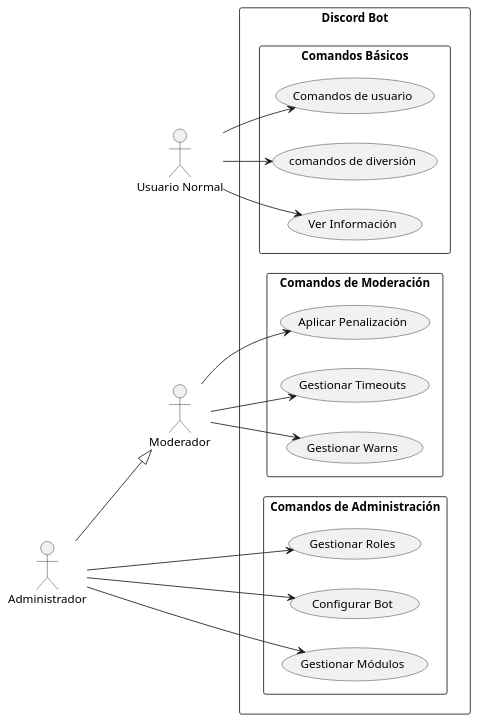
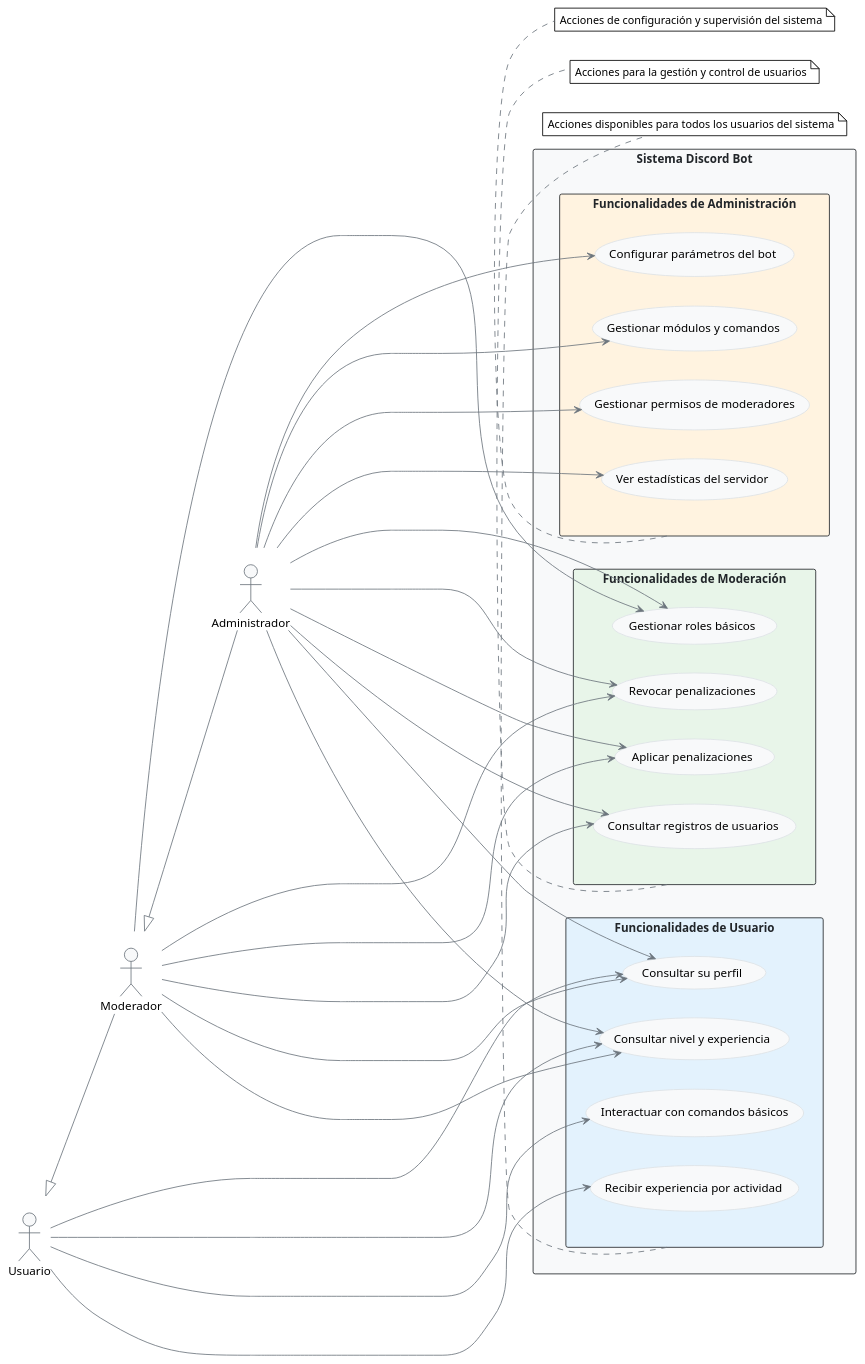
Before and after one commit to PelayoPS/DiscordBot_app: the diagram in uml_output/use_cases.puml, drawn with PlantUML. The commit also changed 11 other files, not shown here.

```diff
--- a/uml_output/use_cases.puml
+++ b/uml_output/use_cases.puml
@@ -1,47 +1,86 @@
-@startuml Uso
+@startuml "Discord Bot - Casos de Uso"
+!theme plain
+skinparam Linetype orthogonal
+skinparam packageStyle rectangle
+skinparam usecaseBackgroundColor #F8F9FA
+skinparam usecaseBorderColor #DEE2E6
+skinparam actorBackgroundColor #F8F9FA
+skinparam actorBorderColor #6C757D
+skinparam arrowColor #6C757D
+skinparam rectangleBorderColor #212529
+skinparam rectangleFontColor #212529
+skinparam rectangleBackgroundColor #F8F9FA
+
 left to right direction
-skinparam packageStyle rectangle
 
-' Actores principales
-actor "Usuario Normal" as user
-actor "Moderador" as mod
-actor "Administrador" as admin
+' Actores con iconos mejorados
+:Usuario: as user << (U,#4F86C6) >>
+:Moderador: as mod << (M,#20C997) >>
+:Administrador: as admin << (A,#DC3545) >>
 
-rectangle "Discord Bot" {
-  package "Comandos Básicos" {
-    usecase "Comandos de usuario" as UC1
-    usecase "comandos de diversión" as UC2
-    usecase "Ver Información" as UC3
+' Agrupación de casos de uso por funcionalidad
+rectangle "Sistema Discord Bot" {
+  package "Funcionalidades de Usuario" #E3F2FD {
+    usecase "Consultar su perfil" as UC1
+    usecase "Consultar nivel y experiencia" as UC2
+    usecase "Interactuar con comandos básicos" as UC3
+    usecase "Recibir experiencia por actividad" as UC4
   }
   
-  package "Comandos de Moderación" {
-    usecase "Aplicar Penalización" as UC4
-    usecase "Gestionar Timeouts" as UC5
-    usecase "Gestionar Warns" as UC6
+  package "Funcionalidades de Moderación" #E8F5E9 {
+    usecase "Aplicar penalizaciones" as UC5
+    usecase "Consultar registros de usuarios" as UC6
+    usecase "Gestionar roles básicos" as UC7
+    usecase "Revocar penalizaciones" as UC8
   }
   
-  package "Comandos de Administración" {
-    usecase "Gestionar Roles" as UC7
-    usecase "Configurar Bot" as UC8
-    usecase "Gestionar Módulos" as UC9
+  package "Funcionalidades de Administración" #FFF3E0 {
+    usecase "Configurar parámetros del bot" as UC9
+    usecase "Gestionar módulos y comandos" as UC10
+    usecase "Gestionar permisos de moderadores" as UC11
+    usecase "Ver estadísticas del servidor" as UC12
   }
 }
 
-' Relaciones de Usuario Normal
+' Relaciones con líneas mejoradas
 user --> UC1
 user --> UC2
 user --> UC3
+user --> UC4
 
-' Relaciones de Moderador
-mod --> UC4
 mod --> UC5
 mod --> UC6
+mod --> UC7
+mod --> UC8
+mod ---> UC1
+mod ---> UC2
 
-' Relaciones de Administrador
-admin --|> mod
-admin --> UC7
-admin --> UC8
 admin --> UC9
+admin --> UC10
+admin --> UC11
+admin --> UC12
+admin ----> UC5
+admin ----> UC6
+admin ----> UC7
+admin ----> UC8
+admin ------> UC1
+admin ------> UC2
 
+' Jerarquía de actores
+user <|-- mod
+mod <|-- admin
+
+' Notas explicativas
+note bottom of "Funcionalidades de Usuario"
+  Acciones disponibles para todos los usuarios del sistema
+end note
+
+note bottom of "Funcionalidades de Moderación"
+  Acciones para la gestión y control de usuarios
+end note
+
+note bottom of "Funcionalidades de Administración"
+  Acciones de configuración y supervisión del sistema
+end note
 
 @enduml
```
